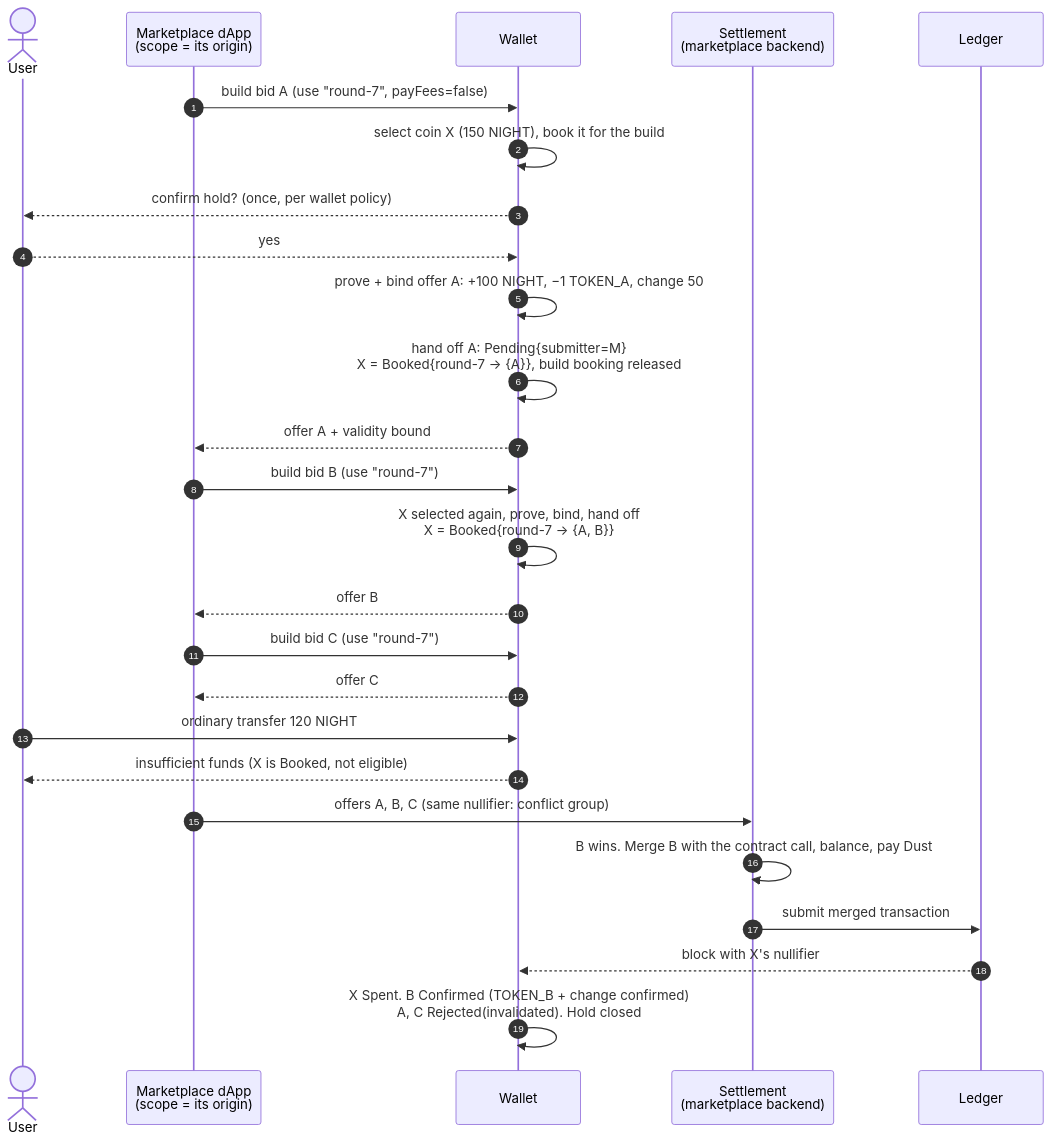
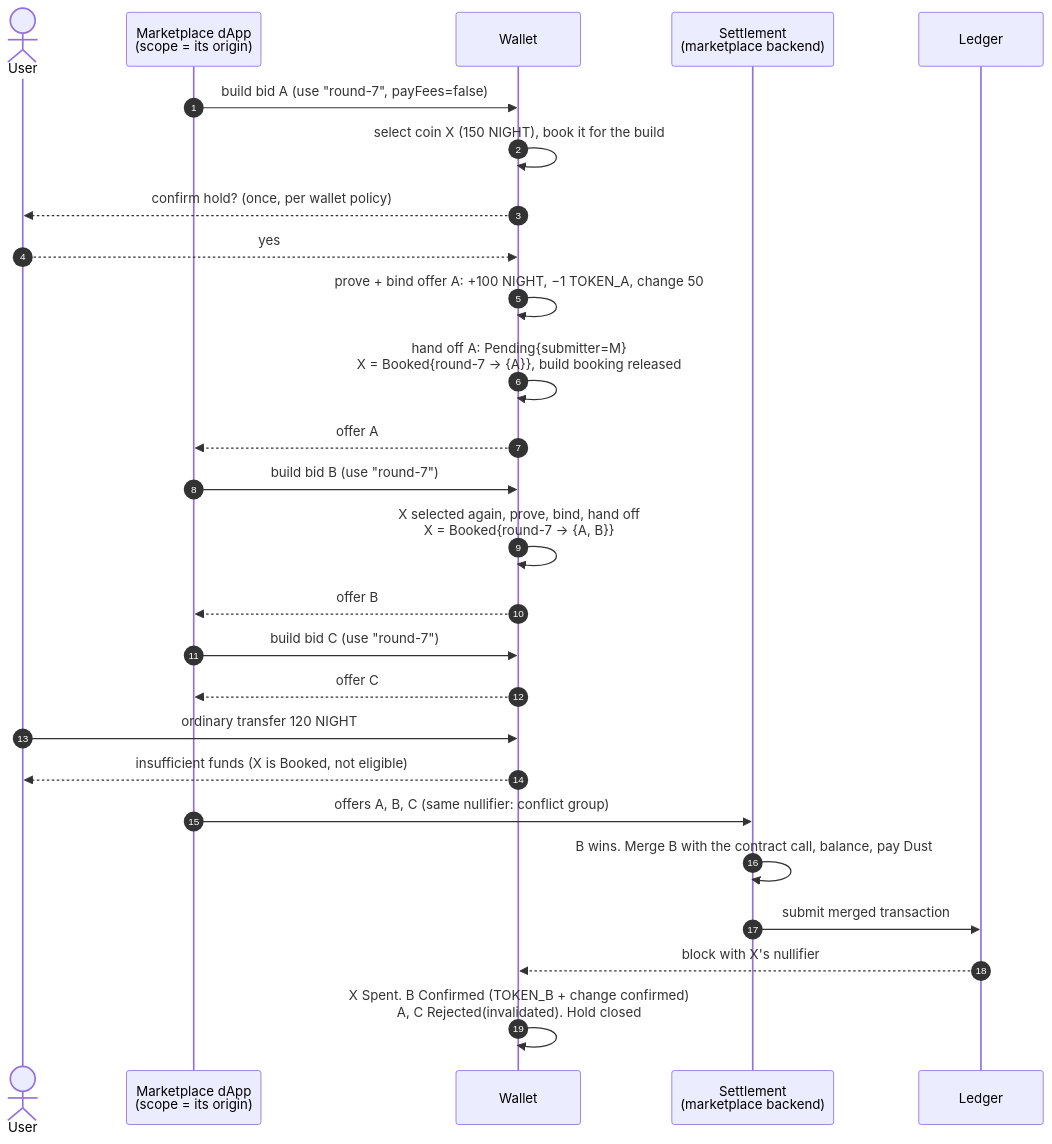
Before and after one commit to acedward/midnight-utxo-pinning: the second of 4 diagrams in README.md, drawn with Mermaid. The commit also changed other lines of this file and 10 other files, not shown here.

````diff
--- a/README.md
+++ b/README.md
@@ -160,32 +160,32 @@
 ```mermaid
 sequenceDiagram
     autonumber
     actor U as User
     participant M as Marketplace dApp<br/>(scope = its origin)
     participant W as Wallet
     participant S as Settlement<br/>(marketplace backend)
     participant L as Ledger
 
     M->>W: build bid A (use "round-7", payFees=false)
     W->>W: select coin X (150 NIGHT), book it for the build
     W-->>U: confirm hold? (once, per wallet policy)
     U-->>W: yes
     W->>W: prove + bind offer A: +100 NIGHT, −1 TOKEN_A, change 50
     W->>W: hand off A: Pending{submitter=M}<br/>X = Booked{round-7 → {A}}, build booking released
-    W-->>M: offer A + validity bound
+    W-->>M: offer A
 
     M->>W: build bid B (use "round-7")
     W->>W: X selected again, prove, bind, hand off<br/>X = Booked{round-7 → {A, B}}
     W-->>M: offer B
     M->>W: build bid C (use "round-7")
     W-->>M: offer C
 
     U->>W: ordinary transfer 120 NIGHT
     W-->>U: insufficient funds (X is Booked, not eligible)
 
     M->>S: offers A, B, C (same nullifier: conflict group)
     S->>S: B wins. Merge B with the contract call, balance, pay Dust
     S->>L: submit merged transaction
     L-->>W: block with X's nullifier
     W->>W: X Spent. B Confirmed (TOKEN_B + change confirmed)<br/>A, C Rejected(invalidated). Hold closed
 ```
````
